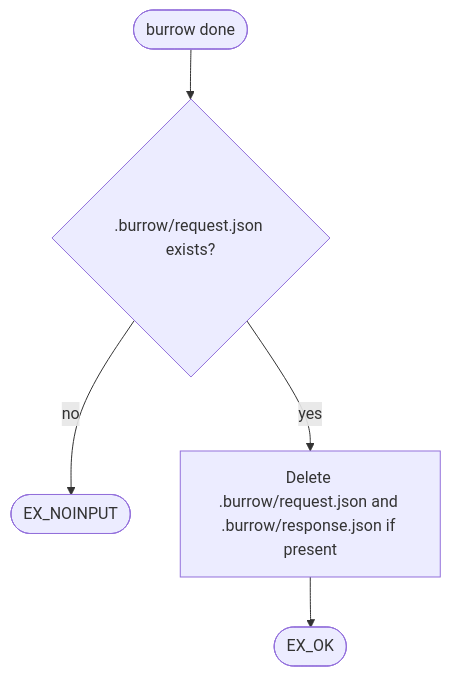
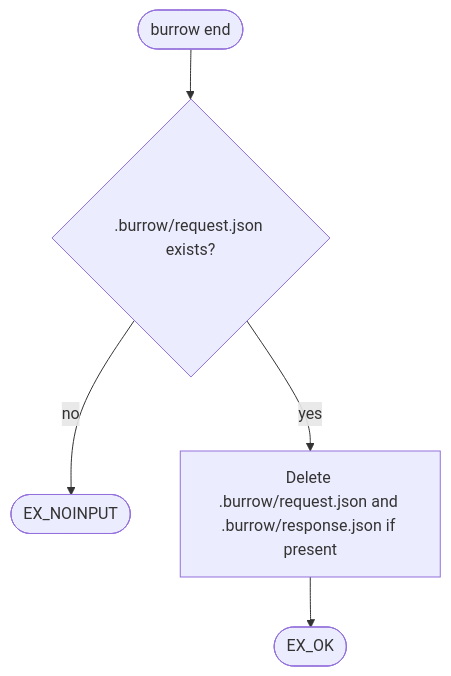
The eighth of 8 diagrams in REQUIREMENTS.md (SamStudio8/burrow), drawn with Mermaid before and after one commit. The commit also changed other lines of this file and 3 other files, not shown here.

````diff
--- a/REQUIREMENTS.md
+++ b/REQUIREMENTS.md
@@ -199,8 +199,8 @@
 ```mermaid
 flowchart TD
-    input([burrow done])
+    input([burrow end])
     --> session{.burrow/request.json exists?}
     session -- no --> noinput([EX_NOINPUT])
     session -- yes --> delete[Delete .burrow/request.json and .burrow/response.json if present]
     --> ok([EX_OK])
 ```
````
